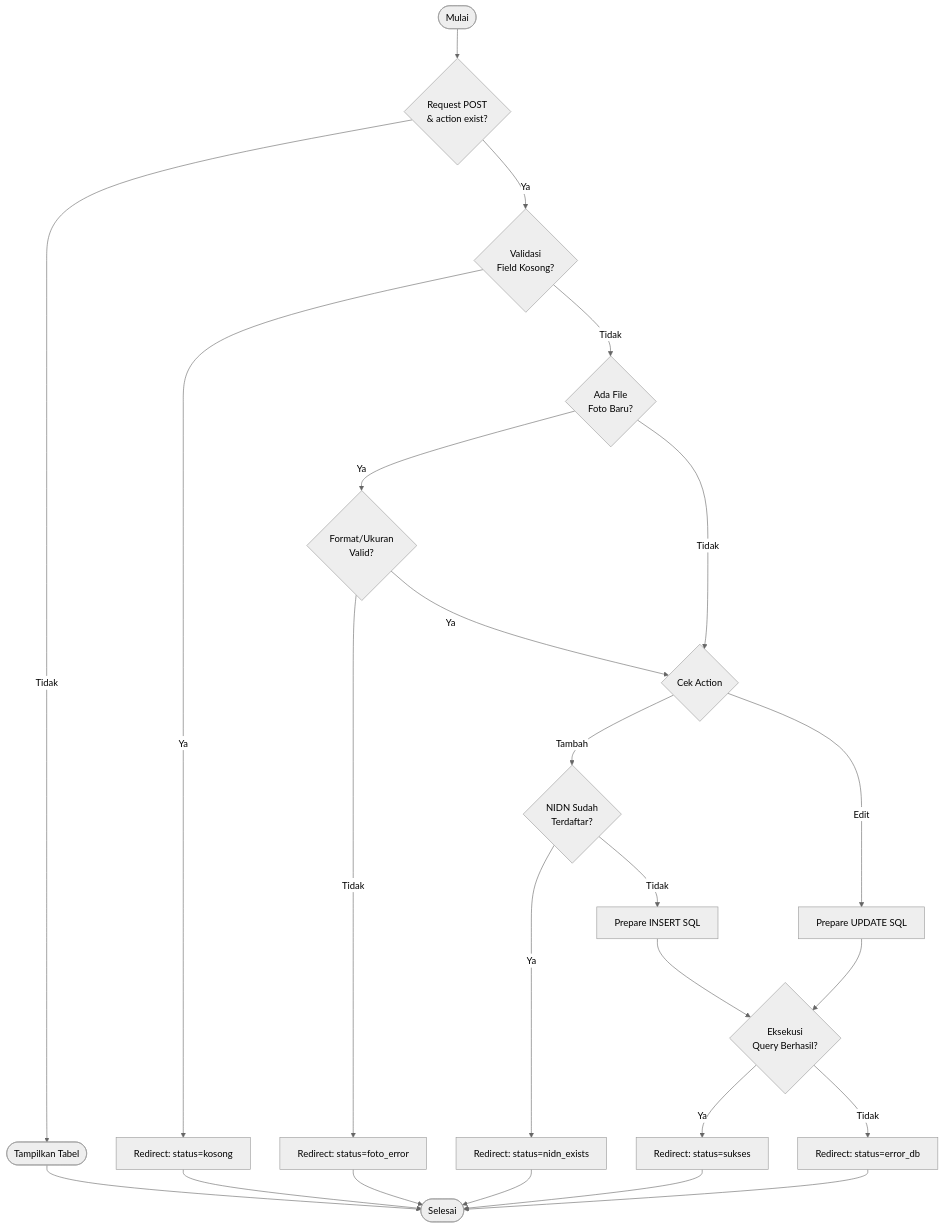
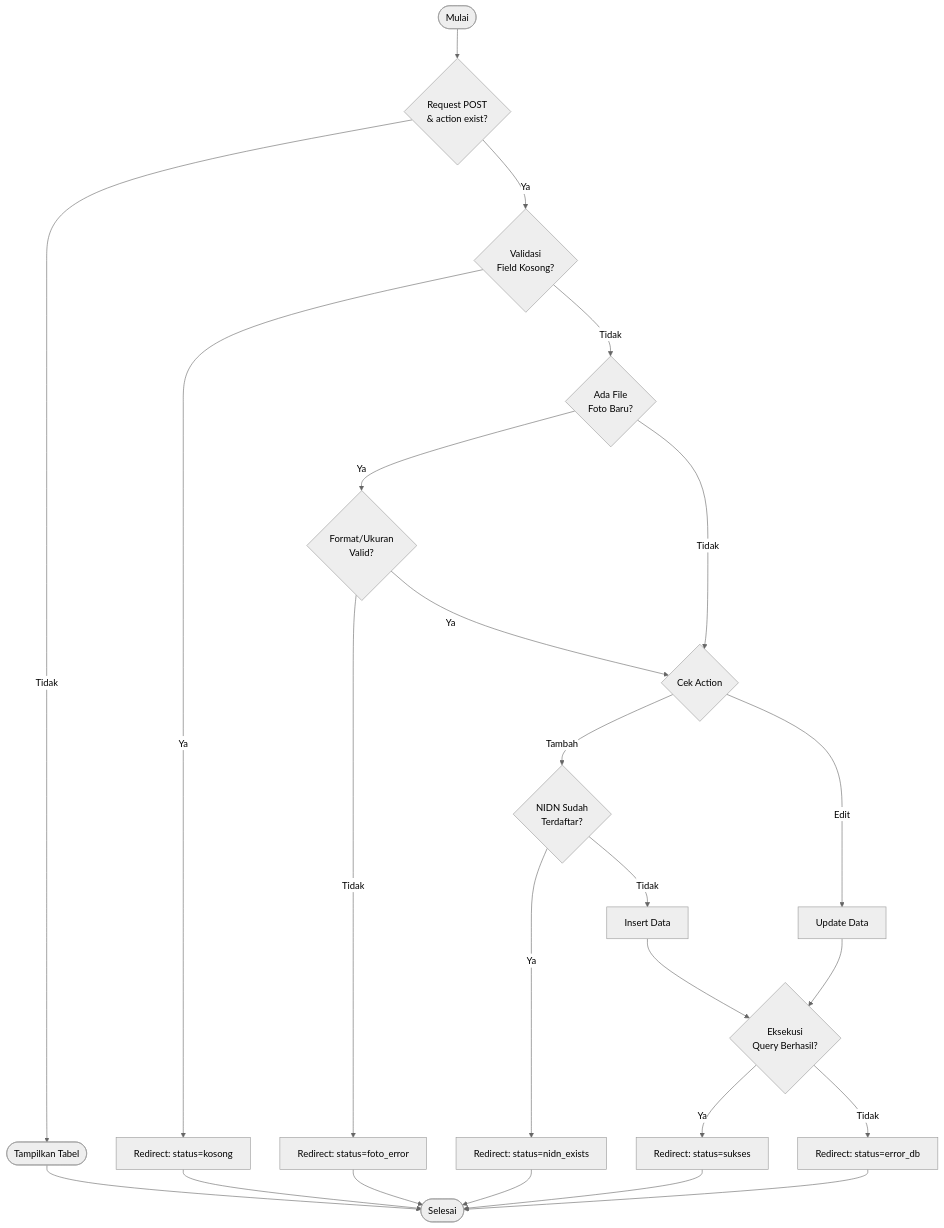
Before and after one commit to arbain-dev/Web_fikom: the fifth of 6 diagrams in docs/07_PENGUJIAN_WHITE_BOX.md, drawn with Mermaid (neutral theme). The commit also changed other lines of this file, not shown here.

````diff
--- a/docs/07_PENGUJIAN_WHITE_BOX.md
+++ b/docs/07_PENGUJIAN_WHITE_BOX.md
@@ -47,20 +230,20 @@
 ```mermaid
 flowchart TD
-    A([Mulai]) --> B{Request POST\n& action exist?}
+    A([Mulai]) --> B{"Request POST<br/>& action exist?"}
     B -- Tidak --> C([Tampilkan Tabel])
     B -- Ya --> D{"Validasi<br/>Field Kosong?"}
     D -- Ya --> E[Redirect: status=kosong]
     D -- Tidak --> F{"Ada File<br/>Foto Baru?"}
     F -- Ya --> G{"Format/Ukuran<br/>Valid?"}
     G -- Tidak --> H[Redirect: status=foto_error]
     G -- Ya --> I{Cek Action}
     F -- Tidak --> I
     I -- Tambah --> J{"NIDN Sudah<br/>Terdaftar?"}
     J -- Ya --> K[Redirect: status=nidn_exists]
-    J -- Tidak --> L[Prepare INSERT SQL]
-    I -- Edit --> M[Prepare UPDATE SQL]
+    J -- Tidak --> L[Insert Data]
+    I -- Edit --> M[Update Data]
     L & M --> N{"Eksekusi<br/>Query Berhasil?"}
     N -- Ya --> O[Redirect: status=sukses]
     N -- Tidak --> P[Redirect: status=error_db]
     C & E & H & K & O & P --> Q([Selesai])
 ```
````
